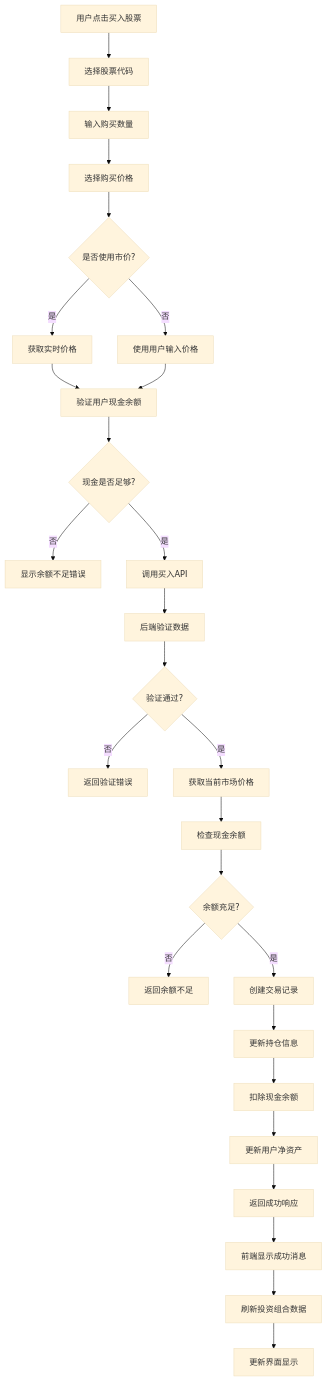
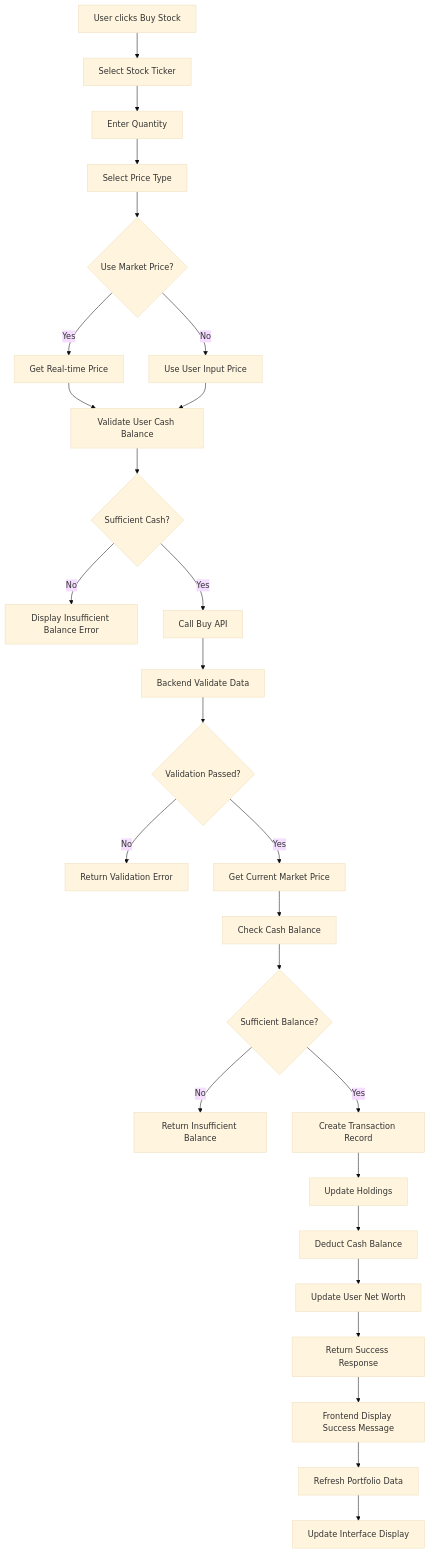
Before and after one commit to CDKStudy/Portfolio_Manager: the first of 20 diagrams in FLOWCHARTS.md, drawn with Mermaid (base theme). The commit also changed other lines of this file, not shown here.

Commit message:
update flowchart

````diff
--- a/FLOWCHARTS.md
+++ b/FLOWCHARTS.md
@@ -7,29 +7,29 @@
 ```mermaid
 flowchart TD
-    A[用户点击买入股票] --> B[选择股票代码]
-    B --> C[输入购买数量]
-    C --> D[选择购买价格]
-    D --> E{是否使用市价?}
-    E -->|是| F[获取实时价格]
-    E -->|否| G[使用用户输入价格]
-    F --> H[验证用户现金余额]
+    A[User clicks Buy Stock] --> B[Select Stock Ticker]
+    B --> C[Enter Quantity]
+    C --> D[Select Price Type]
+    D --> E{Use Market Price?}
+    E -->|Yes| F[Get Real-time Price]
+    E -->|No| G[Use User Input Price]
+    F --> H[Validate User Cash Balance]
     G --> H
-    H --> I{现金是否足够?}
-    I -->|否| J[显示余额不足错误]
-    I -->|是| K[调用买入API]
-    K --> L[后端验证数据]
-    L --> M{验证通过?}
-    M -->|否| N[返回验证错误]
-    M -->|是| O[获取当前市场价格]
-    O --> P[检查现金余额]
-    P --> Q{余额充足?}
-    Q -->|否| R[返回余额不足]
-    Q -->|是| S[创建交易记录]
-    S --> T[更新持仓信息]
-    T --> U[扣除现金余额]
-    U --> V[更新用户净资产]
-    V --> W[返回成功响应]
-    W --> X[前端显示成功消息]
-    X --> Y[刷新投资组合数据]
-    Y --> Z[更新界面显示]
+    H --> I{Sufficient Cash?}
+    I -->|No| J[Display Insufficient Balance Error]
+    I -->|Yes| K[Call Buy API]
+    K --> L[Backend Validate Data]
+    L --> M{Validation Passed?}
+    M -->|No| N[Return Validation Error]
+    M -->|Yes| O[Get Current Market Price]
+    O --> P[Check Cash Balance]
+    P --> Q{Sufficient Balance?}
+    Q -->|No| R[Return Insufficient Balance]
+    Q -->|Yes| S[Create Transaction Record]
+    S --> T[Update Holdings]
+    T --> U[Deduct Cash Balance]
+    U --> V[Update User Net Worth]
+    V --> W[Return Success Response]
+    W --> X[Frontend Display Success Message]
+    X --> Y[Refresh Portfolio Data]
+    Y --> Z[Update Interface Display]
 ```
````
